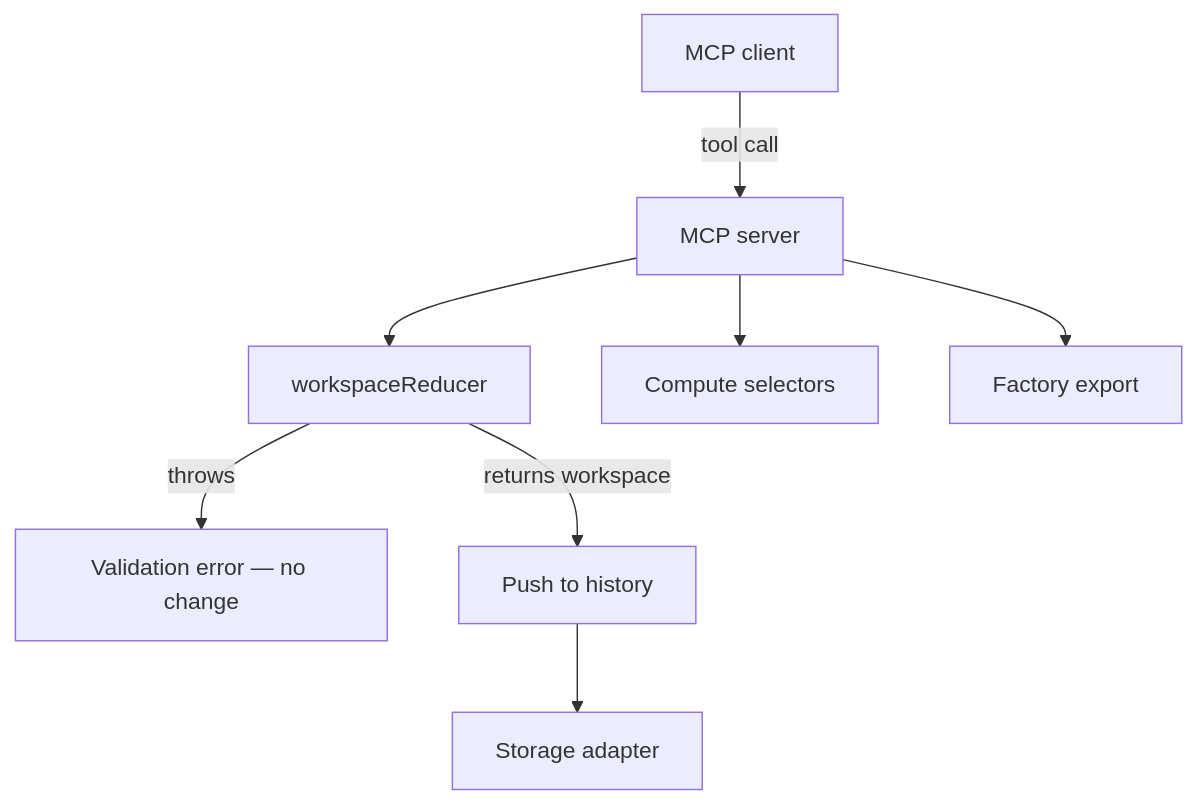
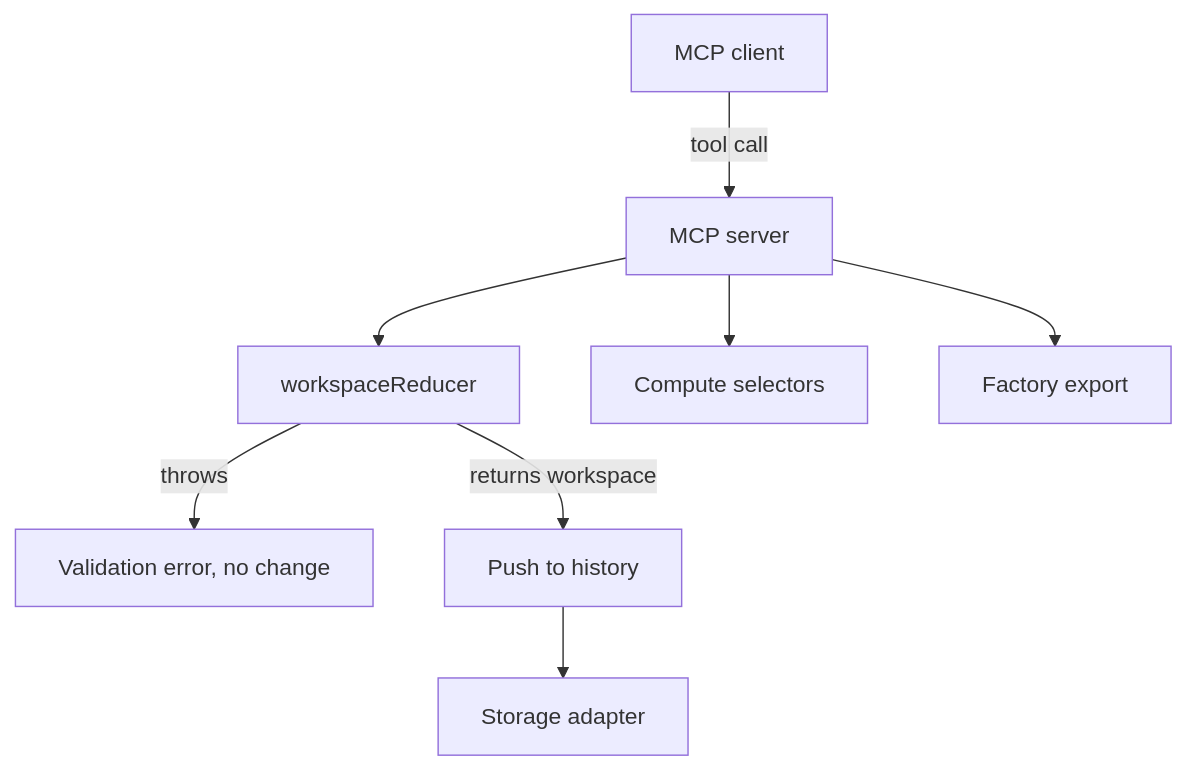
Before and after one commit to SeldonDigital/seldon: the diagram in packages/MCP.md, drawn with Mermaid. The commit also changed other lines of this file, not shown here.

````diff
--- a/packages/MCP.md
+++ b/packages/MCP.md
@@ -15,10 +15,10 @@
 ```mermaid
 flowchart TD
   client[MCP client] -->|tool call| server[MCP server]
   server --> reducer[workspaceReducer]
-  reducer -->|throws| error[Validation error — no change]
+  reducer -->|throws| error[Validation error, no change]
   reducer -->|returns workspace| history[Push to history]
   history --> store[Storage adapter]
   server --> compute[Compute selectors]
   server --> export[Factory export]
 ```
````
